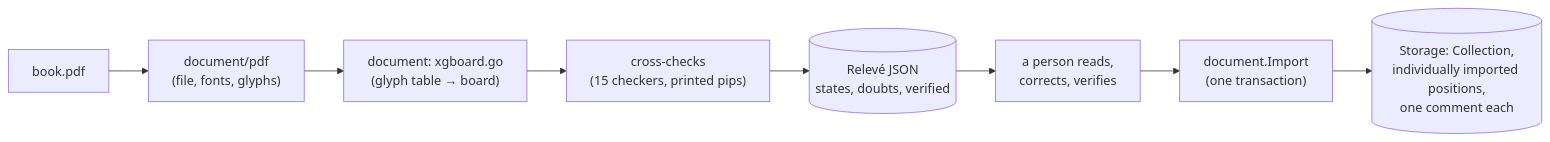
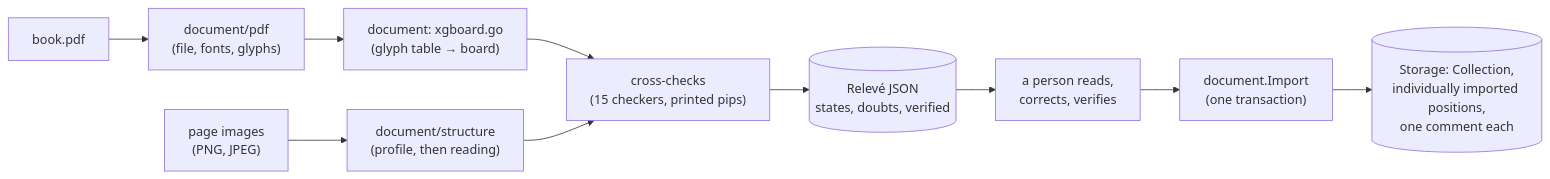
The fourth of 4 diagrams in ARCHITECTURE.md (kevung/blunderDB), drawn with Mermaid before and after one commit. The commit also changed other lines of this file and 25 other files, not shown here.

Commit message:
docs(document): pages en images, lecteur de structure, ce qui est lu et ce qui ne l'est pas

````diff
--- a/ARCHITECTURE.md
+++ b/ARCHITECTURE.md
@@ -122,10 +122,12 @@
 ```mermaid
 flowchart LR
     PDF["book.pdf"] --> READER["document/pdf\n(file, fonts, glyphs)"]
     READER --> GLYPHS["document: xgboard.go\n(glyph table → board)"]
     GLYPHS --> CHECK["cross-checks\n(15 checkers, printed pips)"]
+    IMAGES["page images\n(PNG, JPEG)"] --> STRUCT["document/structure\n(profile, then reading)"]
+    STRUCT --> CHECK
     CHECK --> RELEVE[("Relevé JSON\nstates, doubts, verified")]
     RELEVE --> PERSON["a person reads,\ncorrects, verifies"]
     PERSON --> IMPORT["document.Import\n(one transaction)"]
     IMPORT --> STORAGE3[("Storage: Collection,\nindividually imported positions,\none comment each")]
 ```
````
